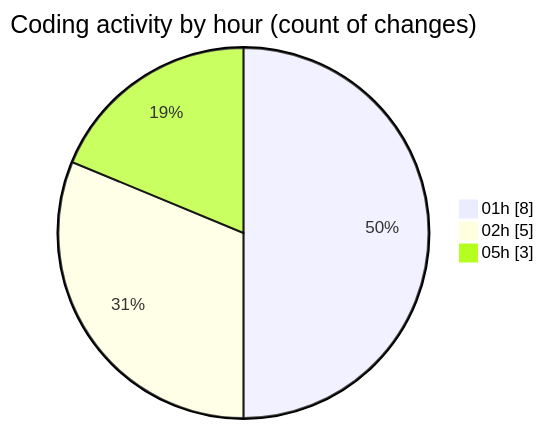
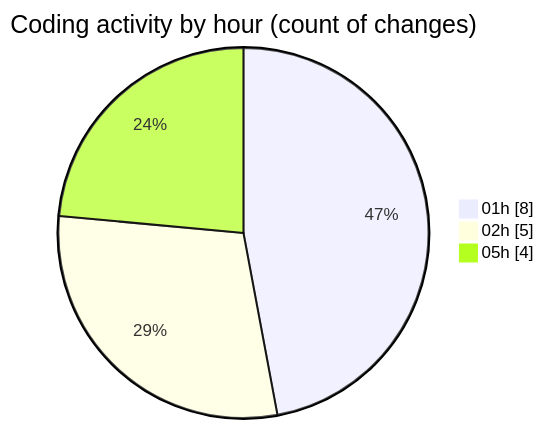
One commit to julien-gomy/code-tracking changed the second of 2 diagrams in 2025-11-21/eventscop-api-guide__workspace_/README.md. Above: the diagram before and after it, drawn with Mermaid. The commit also changed other lines of this file and 1 other file, not shown here.

````diff
--- a/2025-11-21/eventscop-api-guide__workspace_/README.md
+++ b/2025-11-21/eventscop-api-guide__workspace_/README.md
@@ -36,7 +36,7 @@
 ```mermaid
 pie showData
 title Coding activity by hour (count of changes)
 "01h" : 8
 "02h" : 5
-"05h" : 3
+"05h" : 4
 ```
````
